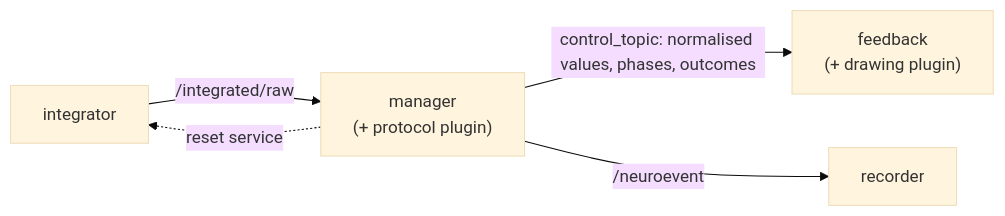
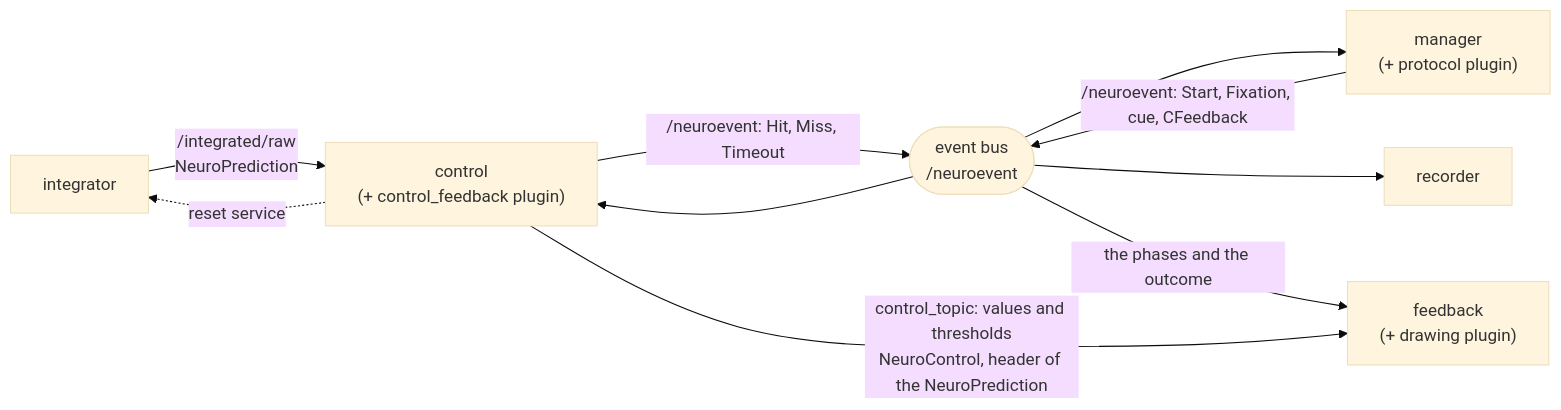
The first of 2 diagrams in docs/concepts/protocols.md (ros2neuro/docs), drawn with Mermaid (base theme) before and after one commit. The commit also changed other lines of this file and 60 other files, not shown here.

Commit message:
Add four architecture figures, shared-parameters page, robot-control tutorial and MATLAB check description; ignore tutorial packages in colcon

````diff
--- a/docs/concepts/protocols.md
+++ b/docs/concepts/protocols.md
@@ -6,7 +6,12 @@
 ```mermaid
 flowchart LR
-    INT[integrator] -->|"/integrated/raw"| MAN["manager<br/>(+ protocol plugin)"]
-    MAN -->|"control_topic: normalised values, phases, outcomes"| FB["feedback<br/>(+ drawing plugin)"]
-    MAN -->|"/neuroevent"| REC[recorder]
-    MAN -.->|"reset service"| INT
+    INT[integrator] -->|"/integrated/raw<br/>NeuroPrediction"| CTL["control<br/>(+ control_feedback plugin)"]
+    MAN["manager<br/>(+ protocol plugin)"] -->|"/neuroevent: Start, Fixation, cue, CFeedback"| BUS(["event bus<br/>/neuroevent"])
+    CTL -->|"/neuroevent: Hit, Miss, Timeout"| BUS
+    BUS --> MAN
+    BUS --> CTL
+    BUS --> REC[recorder]
+    BUS -->|"the phases and the outcome"| FB["feedback<br/>(+ drawing plugin)"]
+    CTL -->|"control_topic: values and thresholds<br/>NeuroControl, header of the NeuroPrediction"| FB
+    CTL -.->|"reset service"| INT
 ```
````
